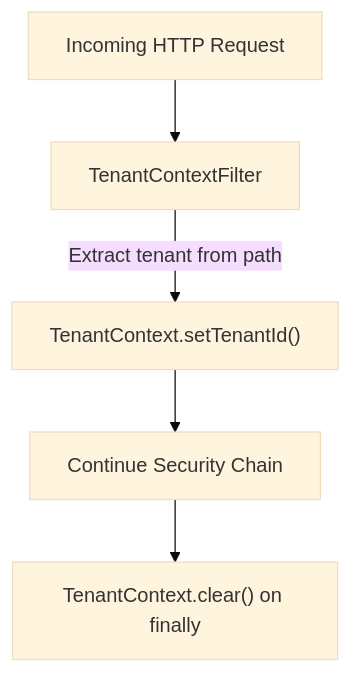
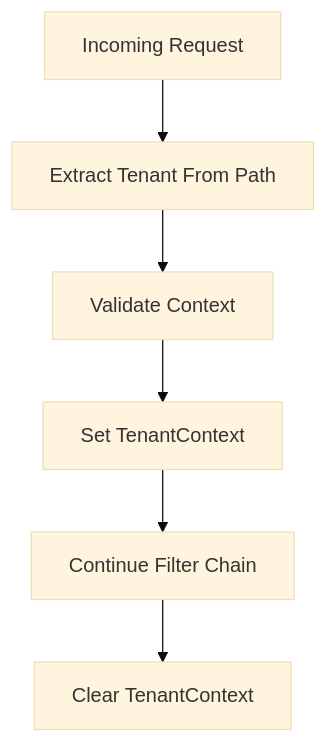
One commit to Praesto-Pro/openframe-oss-tenant changed the second of 8 diagrams in docs/architecture/authorization-service-core/authorization-service-core.md. Above: the diagram before and after it, drawn with Mermaid (base theme). The commit also changed other lines of this file and 149 other files, not shown here.

````diff
--- a/docs/architecture/authorization-service-core/authorization-service-core.md
+++ b/docs/architecture/authorization-service-core/authorization-service-core.md
@@ -80,7 +70,8 @@
 ```mermaid
 flowchart TD
-    Request["Incoming HTTP Request"] --> Filter["TenantContextFilter"]
-    Filter -->|"Extract tenant from path"| SetContext["TenantContext.setTenantId()"]
-    SetContext --> Continue["Continue Security Chain"]
-    Continue --> Clear["TenantContext.clear() on finally"]
+    Request["Incoming Request"] --> Extract["Extract Tenant From Path"]
+    Extract --> Validate["Validate Context"]
+    Validate --> SetCtx["Set TenantContext"]
+    SetCtx --> Continue["Continue Filter Chain"]
+    Continue --> Clear["Clear TenantContext"]
 ```
````
